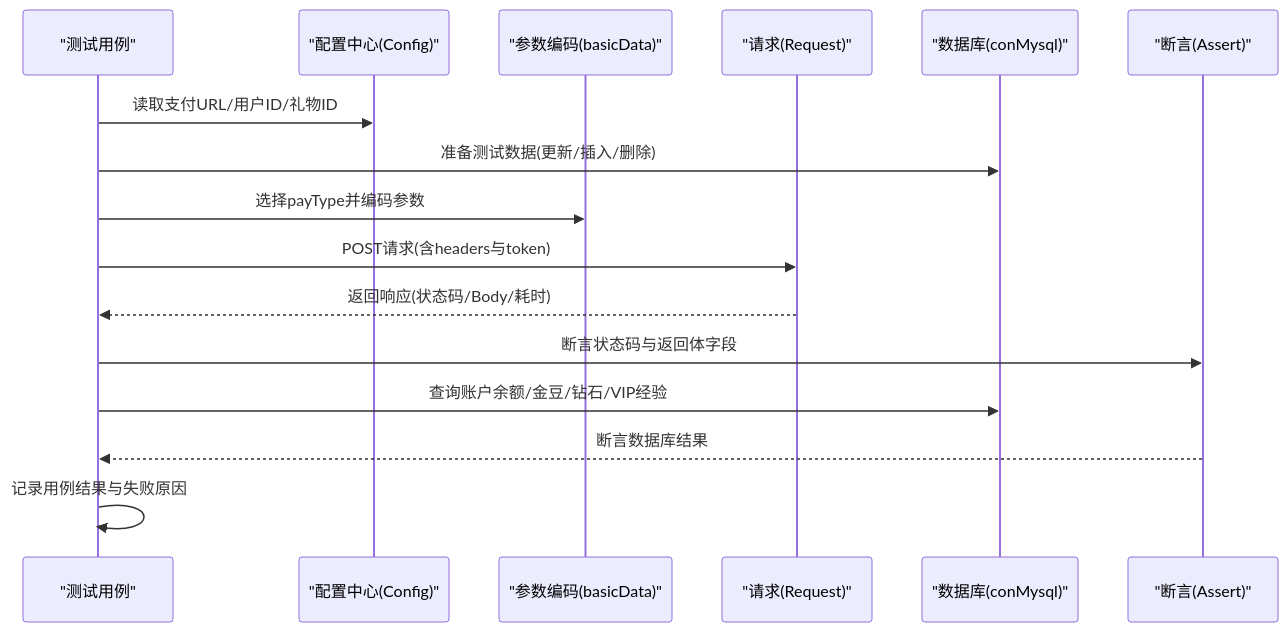
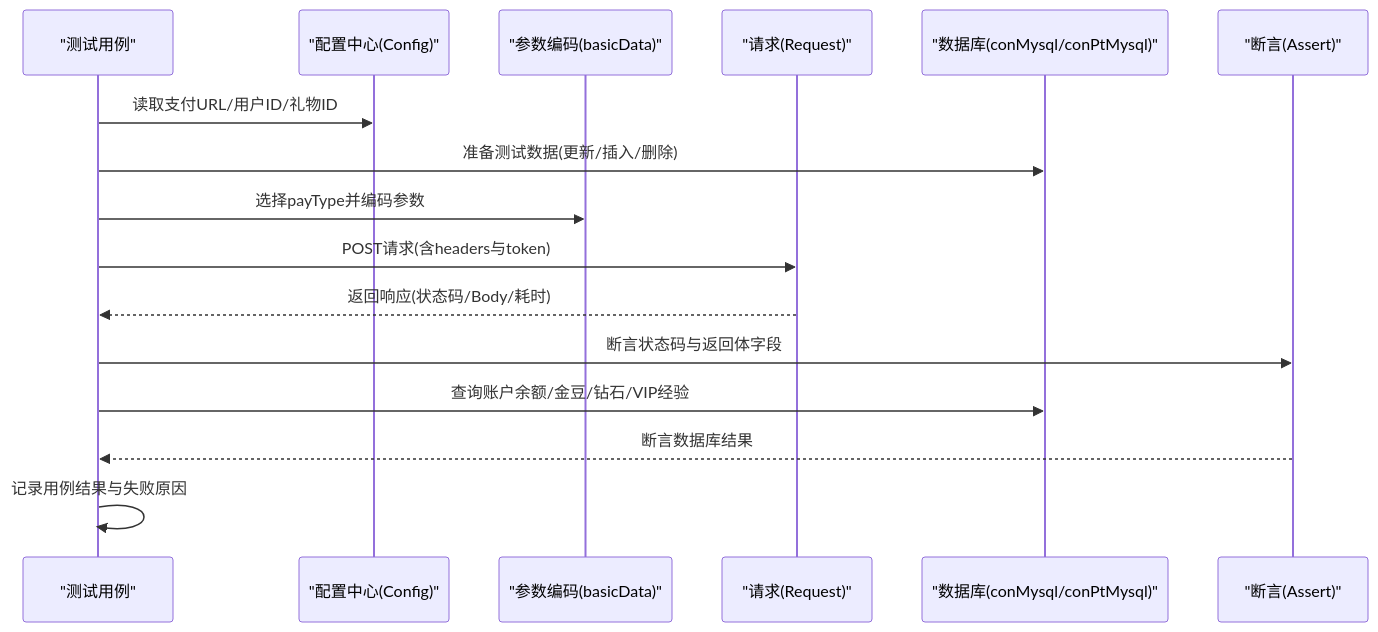
Before and after one commit to liximing1-ola/qa-payTest: the second of 6 diagrams in .qoder/repowiki/zh/content/支付测试用例/金豆支付测试.md, drawn with Mermaid. The commit also changed other lines of this file and 5 other files, not shown here.

````diff
--- a/.qoder/repowiki/zh/content/支付测试用例/金豆支付测试.md
+++ b/.qoder/repowiki/zh/content/支付测试用例/金豆支付测试.md
@@ -139,18 +160,18 @@
 ```mermaid
 sequenceDiagram
 participant U as "测试用例"
 participant CFG as "配置中心(Config)"
 participant ENC as "参数编码(basicData)"
 participant REQ as "请求(Request)"
-participant DB as "数据库(conMysql)"
+participant DB as "数据库(conMysql/conPtMysql)"
 participant ASS as "断言(Assert)"
 U->>CFG : 读取支付URL/用户ID/礼物ID
 U->>DB : 准备测试数据(更新/插入/删除)
 U->>ENC : 选择payType并编码参数
 U->>REQ : POST请求(含headers与token)
 REQ-->>U : 返回响应(状态码/Body/耗时)
 U->>ASS : 断言状态码与返回体字段
 U->>DB : 查询账户余额/金豆/钻石/VIP经验
 ASS-->>U : 断言数据库结果
 U->>U : 记录用例结果与失败原因
 ```
````
